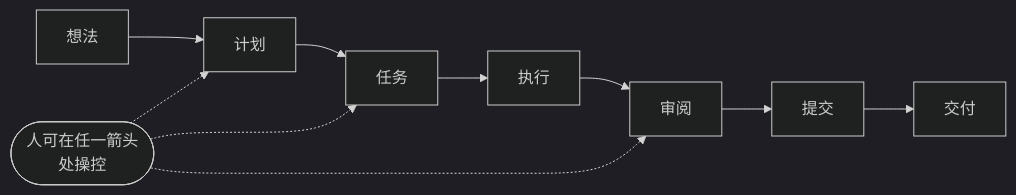
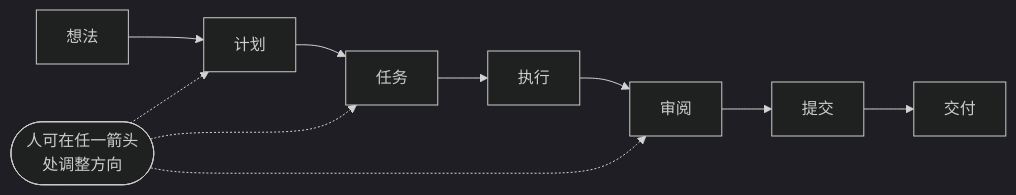
The second of 3 diagrams in zh/ecosystem/02-tooling-ecosystem.qmd (latere-ai/ai-as-an-infrastructure), drawn with Mermaid (dark theme) before and after one commit. The commit also changed other lines of this file and 20 other files, not shown here.

````diff
--- a/zh/ecosystem/02-tooling-ecosystem.qmd
+++ b/zh/ecosystem/02-tooling-ecosystem.qmd
@@ -117,14 +116,14 @@
 ```{mermaid}
 %%| label: fig-tooling-orchestration-pipeline
-%%| fig-cap: "编排作为一件显式产物。计划坐落在请求与代码之间，而每一个箭头都是一个人可以停下并接过缰绳的位置。"
+%%| fig-cap: "编排作为一件显式产物。计划坐落在请求与代码之间，而每一个箭头都是一个人可以停下来调整方向的位置。"
 flowchart LR
   idea["想法"] --> spec["计划"]
   spec --> tasks["任务"]
   tasks --> exec["执行"]
   exec --> review["审阅"]
   review --> commit["提交"]
   commit --> ship["交付"]
-  human(["人可在任一箭头<br/>处操控"]) -.-> spec
+  human(["人可在任一箭头<br/>处调整方向"]) -.-> spec
   human -.-> tasks
   human -.-> review
 ```
````
